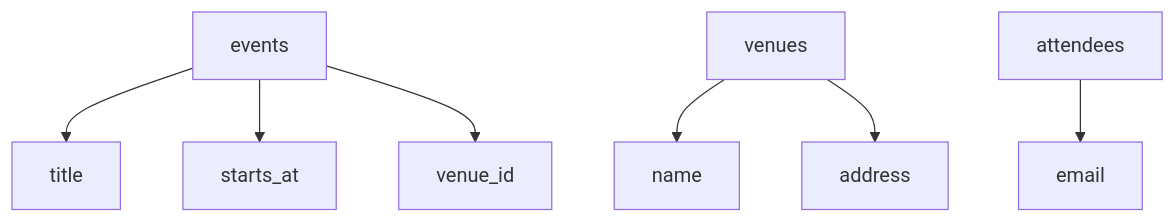
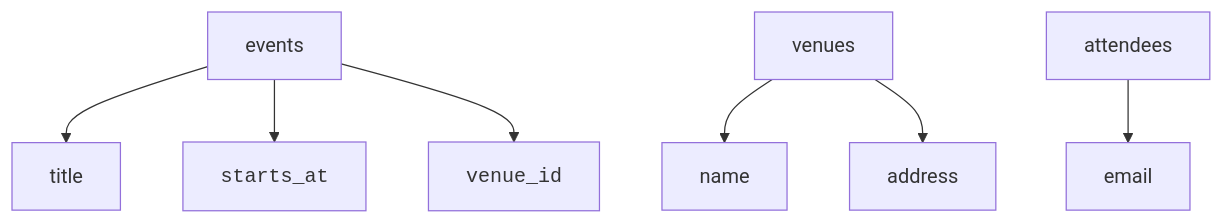
One commit to dataslope/dataslope changed the fourth of 9 diagrams in content/learn/database-design-postgresql/the-design-process.mdx. Above: the diagram before and after it, drawn with Mermaid. The commit also changed 153 other files, not shown here.

First line of the commit message:
Render code-only mermaid shapes in monospace; convert step sequences to Steps

````diff
--- a/content/learn/database-design-postgresql/the-design-process.mdx
+++ b/content/learn/database-design-postgresql/the-design-process.mdx
@@ -151,9 +151,9 @@
 ```mermaid
 flowchart TD
     Event["events"] --> Title["title"]
-    Event --> Starts["starts_at"]
-    Event --> VenueId["venue_id"]
+    Event --> Starts["<code>starts_at</code>"]
+    Event --> VenueId["<code>venue_id</code>"]
     Venue["venues"] --> VenueName["name"]
     Venue --> Address["address"]
     Attendee["attendees"] --> Email["email"]
 ```
````
